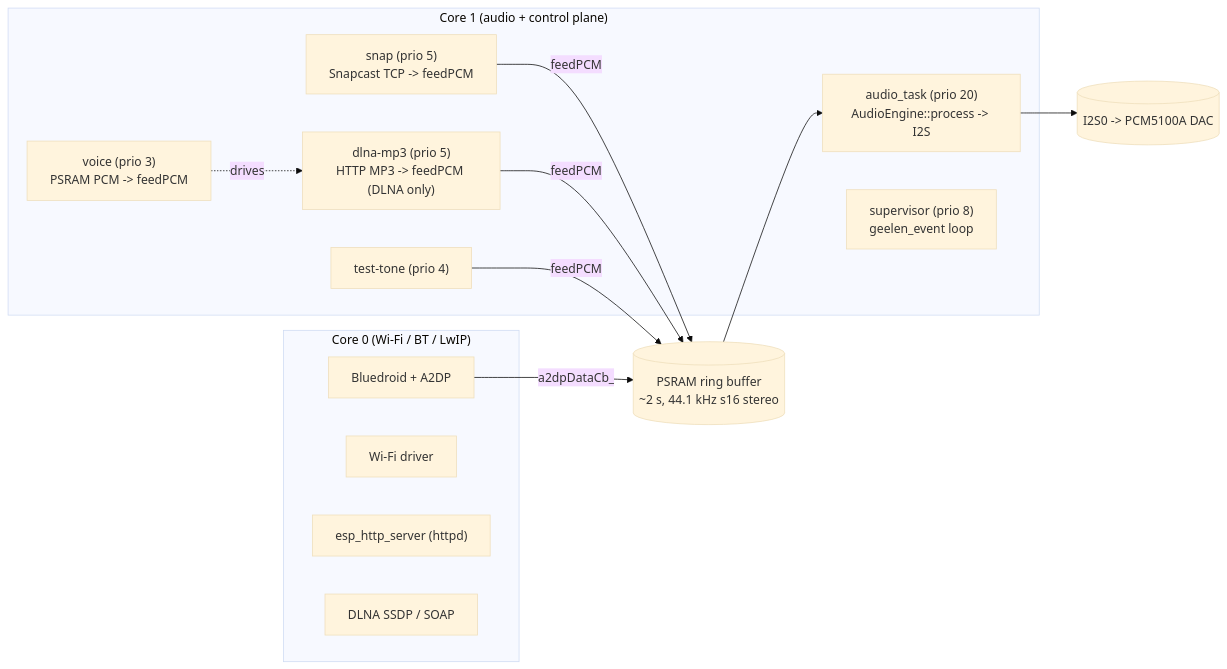
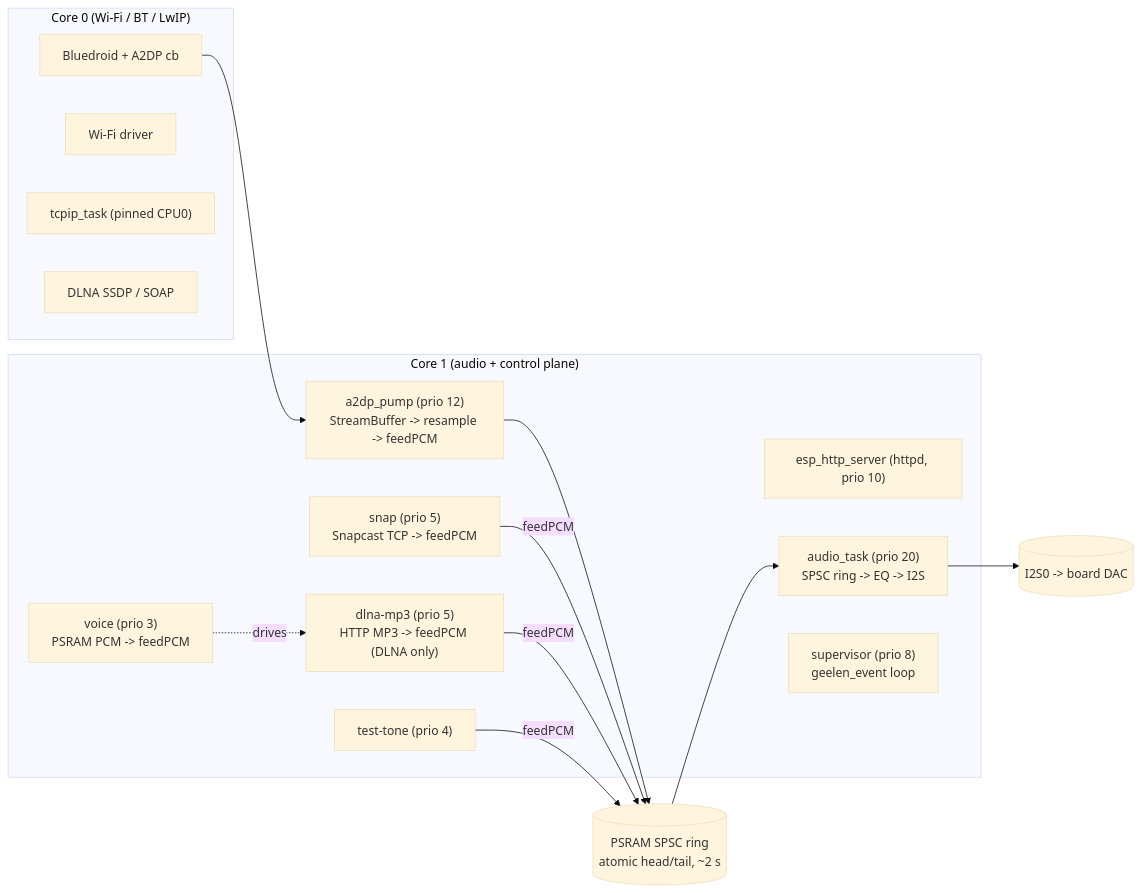
The first of 2 diagrams in docs/architecture.md (geelenaudio/paretoamp), drawn with Mermaid (base theme) before and after one commit. The commit also changed other lines of this file and 99 other files, not shown here.

First line of the commit message:
Implement asynchronous file streaming in HTTP server for large files

````diff
--- a/docs/architecture.md
+++ b/docs/architecture.md
@@ -21,28 +21,31 @@
 ```mermaid
 flowchart LR
   subgraph Core0["Core 0 (Wi-Fi / BT / LwIP)"]
-    BT["Bluedroid + A2DP"]
+    BT["Bluedroid + A2DP cb"]
     WIFI["Wi-Fi driver"]
-    HTTP["esp_http_server (httpd)"]
+    TCPIP["tcpip_task (pinned CPU0)"]
     DLNA_TX["DLNA SSDP / SOAP"]
   end
 
   subgraph Core1["Core 1 (audio + control plane)"]
-    AUDIO["audio_task (prio 20)<br/>AudioEngine::process -> I2S"]
+    HTTP["esp_http_server (httpd, prio 10)"]
+    PUMP["a2dp_pump (prio 12)<br/>StreamBuffer -> resample -> feedPCM"]
+    AUDIO["audio_task (prio 20)<br/>SPSC ring -> EQ -> I2S"]
     SNAP["snap (prio 5)<br/>Snapcast TCP -> feedPCM"]
     MP3["dlna-mp3 (prio 5)<br/>HTTP MP3 -> feedPCM (DLNA only)"]
     VOICE["voice (prio 3)<br/>PSRAM PCM -> feedPCM"]
     TT["test-tone (prio 4)"]
     SUP["supervisor (prio 8)<br/>geelen_event loop"]
   end
 
-  RING[(PSRAM ring buffer<br/>~2 s, 44.1 kHz s16 stereo)]
+  RING[(PSRAM SPSC ring<br/>atomic head/tail, ~2 s)]
 
-  BT -- a2dpDataCb_ --> RING
+  BT --> PUMP
+  PUMP --> RING
   SNAP -- feedPCM --> RING
   MP3 -- feedPCM --> RING
   TT -- feedPCM --> RING
   VOICE -. drives .-> MP3
   RING --> AUDIO
-  AUDIO --> I2S[(I2S0 -> PCM5100A DAC)]
+  AUDIO --> I2S[(I2S0 -> board DAC)]
 ```
````
